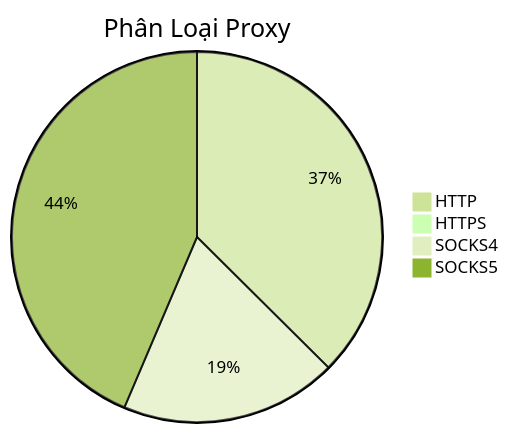
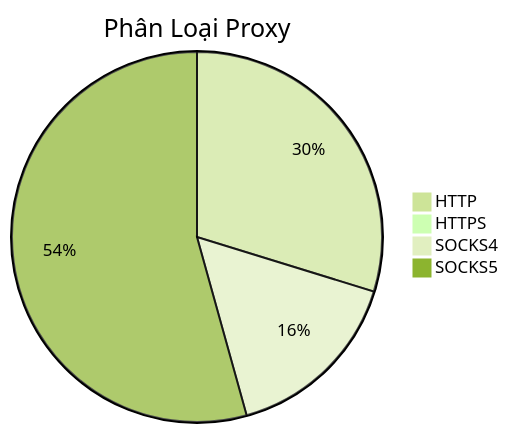
The diagram in README.md (Ciara-12/PROXY-free), drawn with Mermaid (forest theme) before and after one commit. The commit also changed other lines of this file and 3 other files, not shown here.

````diff
--- a/README.md
+++ b/README.md
@@ -26,7 +26,7 @@
 ```mermaid
 pie title Phân Loại Proxy
-    "HTTP" : 701
+    "HTTP" : 737
     "HTTPS" : 1
-    "SOCKS4" : 355
-    "SOCKS5" : 816
+    "SOCKS4" : 394
+    "SOCKS5" : 1345
 ```
````
